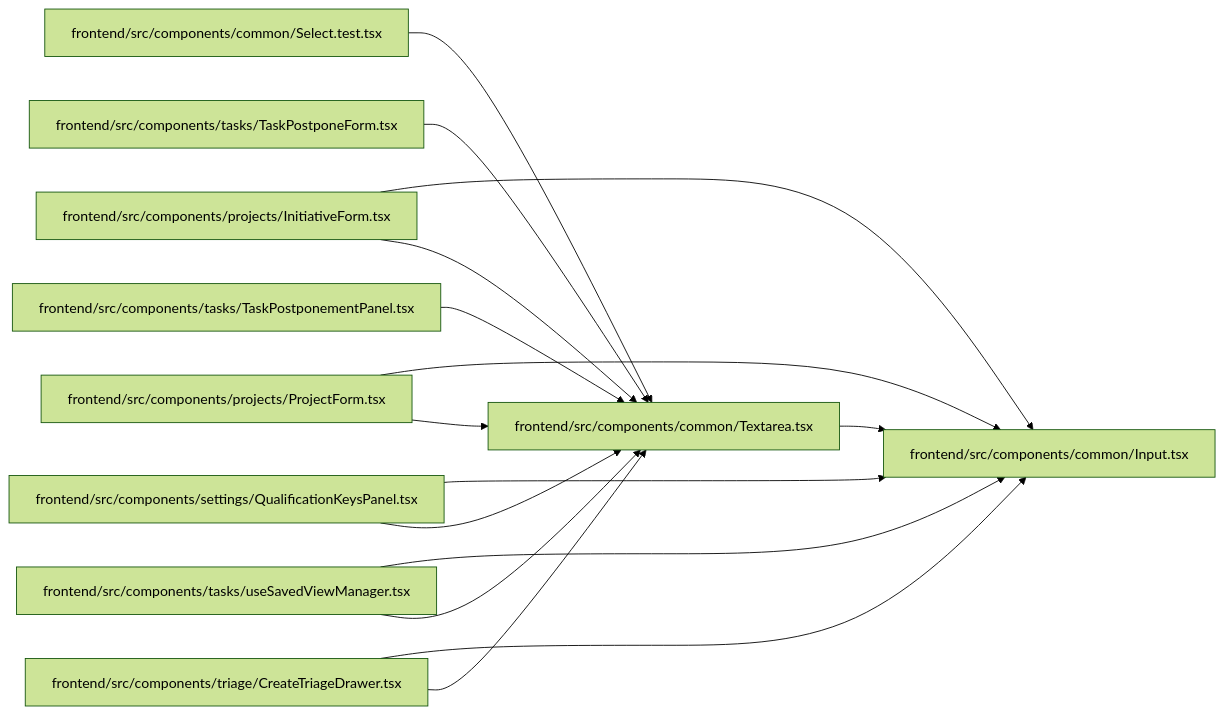
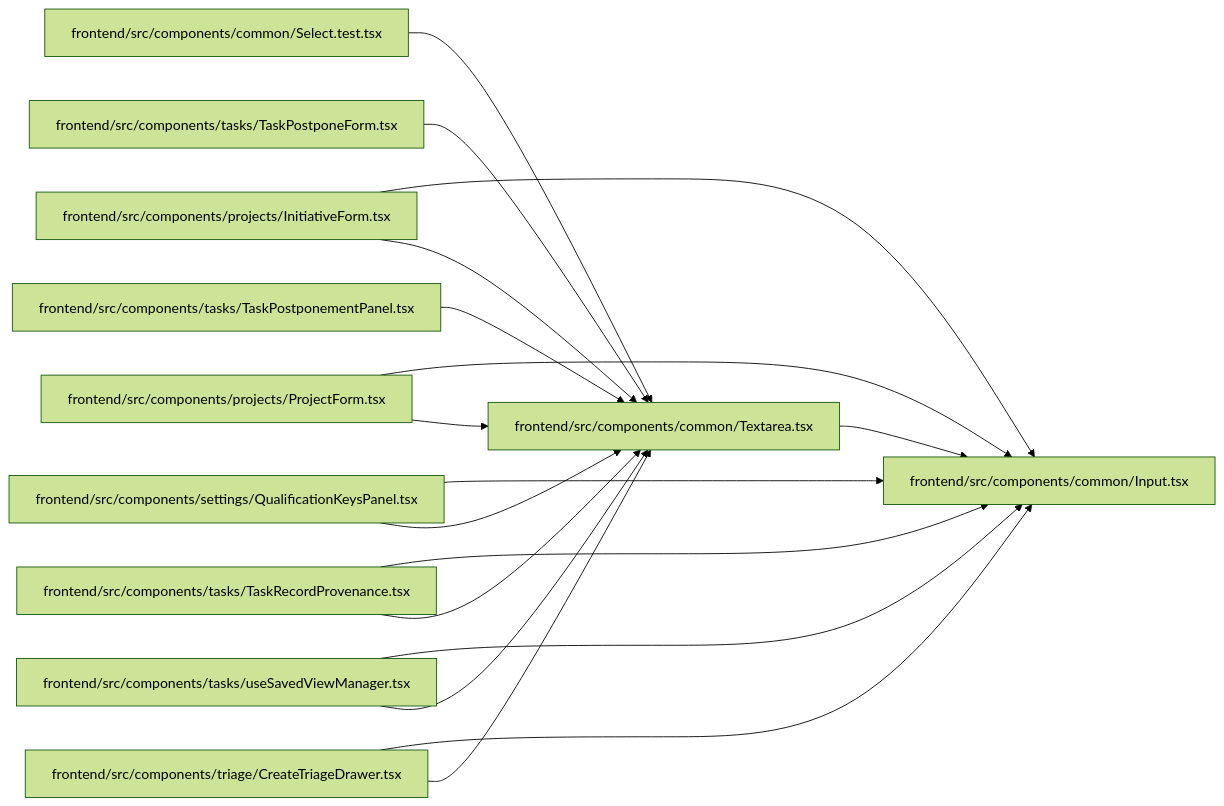
Before and after one commit to Denissvgn/WorkChord: the diagram in docs/llm_wiki/modules/Textarea.md, drawn with Mermaid (forest theme). The commit also changed other lines of this file and 733 other files, not shown here.

Commit message:
Sync the architectural wiki for refusal next steps

````diff
--- a/docs/llm_wiki/modules/Textarea.md
+++ b/docs/llm_wiki/modules/Textarea.md
@@ -29,37 +29,41 @@
 ```mermaid
 flowchart LR
     n0["frontend/src/components/common/Input.tsx"]
     n1["frontend/src/components/common/Select.test.tsx"]
     n2["frontend/src/components/common/Textarea.tsx"]
     n3["frontend/src/components/projects/InitiativeForm.tsx"]
     n4["frontend/src/components/projects/ProjectForm.tsx"]
     n5["frontend/src/components/settings/QualificationKeysPanel.tsx"]
     n6["frontend/src/components/tasks/TaskPostponeForm.tsx"]
     n7["frontend/src/components/tasks/TaskPostponementPanel.tsx"]
-    n8["frontend/src/components/tasks/useSavedViewManager.tsx"]
-    n9["frontend/src/components/triage/CreateTriageDrawer.tsx"]
+    n8["frontend/src/components/tasks/TaskRecordProvenance.tsx"]
+    n9["frontend/src/components/tasks/useSavedViewManager.tsx"]
+    n10["frontend/src/components/triage/CreateTriageDrawer.tsx"]
     n1 --> n2
     n2 --> n0
     n3 --> n0
     n3 --> n2
     n4 --> n0
     n4 --> n2
     n5 --> n0
     n5 --> n2
     n6 --> n2
     n7 --> n2
     n8 --> n0
     n8 --> n2
     n9 --> n0
     n9 --> n2
+    n10 --> n0
+    n10 --> n2
     click n0 "../modules/Input.md"
     click n1 "../modules/Select.test.md"
     click n2 "../modules/Textarea.md"
     click n3 "../modules/InitiativeForm.md"
     click n4 "../modules/ProjectForm.md"
     click n5 "../modules/QualificationKeysPanel.md"
     click n6 "../modules/TaskPostponeForm.md"
     click n7 "../modules/TaskPostponementPanel.md"
-    click n8 "../modules/useSavedViewManager.md"
-    click n9 "../modules/CreateTriageDrawer.md"
+    click n8 "../modules/TaskRecordProvenance.md"
+    click n9 "../modules/useSavedViewManager.md"
+    click n10 "../modules/CreateTriageDrawer.md"
 ```
````
